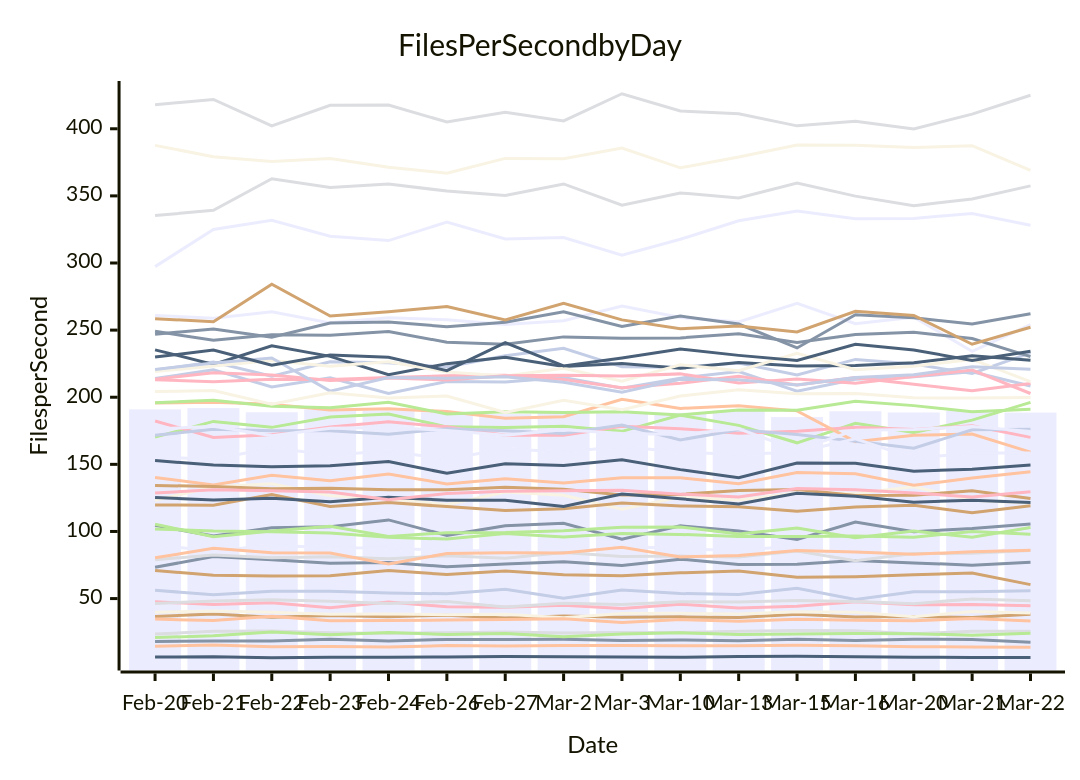
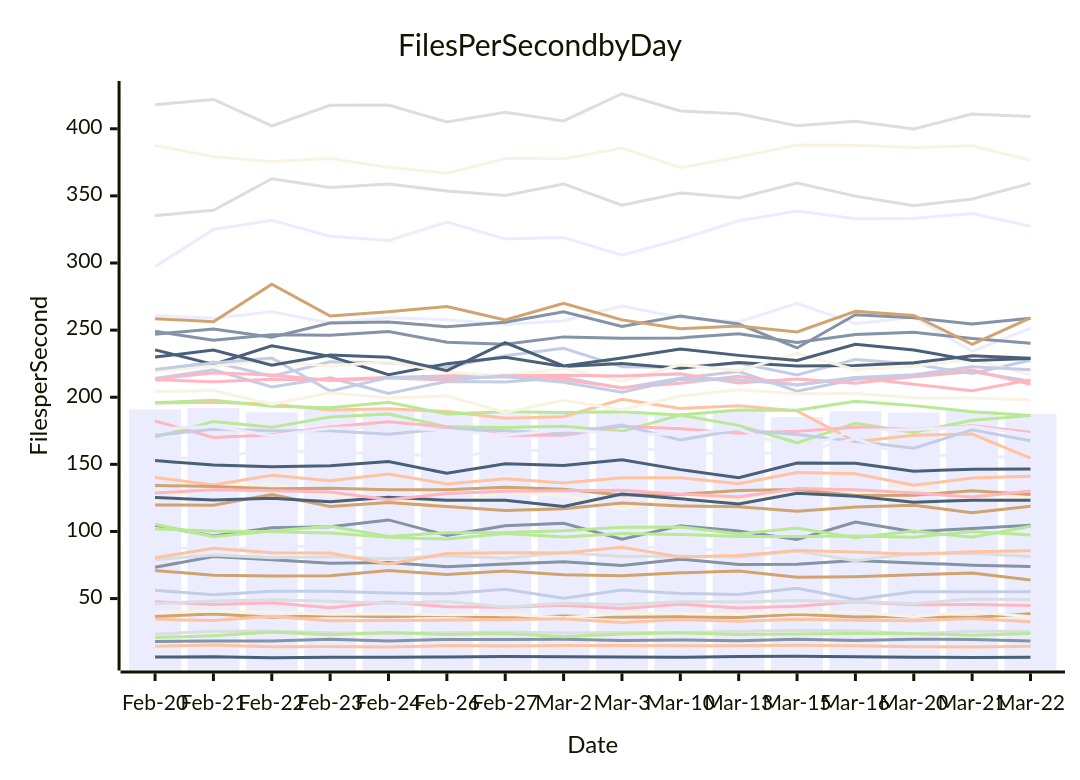
Before and after one commit to streetsidesoftware/cspell: the diagram in perf-report.md, drawn with Mermaid. The commit also changed other lines of this file and 2 other files, not shown here.

````diff
--- a/perf-report.md
+++ b/perf-report.md
@@ -11,57 +11,57 @@
 ```mermaid
 xychart-beta
     title Files Per Second by Day
     y-axis Files per Second
     x-axis Date [Feb-20, Feb-21, Feb-22, Feb-23, Feb-24, Feb-26, Feb-27, Mar-2, Mar-3, Mar-10, Mar-13, Mar-15, Mar-16, Mar-20, Mar-21, Mar-22]
-    bar [190.95, 191.93, 188.84, 190.95, 190.14, 188.86, 187.47, 189.15, 187.99, 188.38, 189.98, 185.21, 189.57, 188.63, 189.87, 188.57]
-    line [18.01, 18.46, 18.38, 19.68, 18.34, 19.60, 19.60, 19.63, 18.78, 19.22, 18.67, 19.78, 18.71, 19.79, 19.47, 17.52]
-    line [14.46, 15.41, 14.08, 14.28, 13.96, 14.98, 14.69, 15.09, 15.05, 14.93, 14.92, 15.23, 14.84, 14.06, 13.99, 13.73]
-    line [23.53, 25.65, 25.87, 24.49, 24.03, 24.62, 25.06, 24.45, 24.76, 24.74, 25.60, 26.18, 25.98, 23.83, 25.61, 25.67]
-    line [170.26, 181.98, 177.56, 185.31, 187.50, 177.93, 177.54, 178.41, 174.58, 186.65, 179.06, 166.05, 180.55, 173.75, 182.92, 196.20]
-    line [70.89, 67.31, 66.82, 66.94, 70.88, 67.89, 70.56, 67.78, 66.98, 69.18, 70.51, 65.83, 66.30, 67.73, 68.98, 60.39]
-    line [56.16, 52.87, 55.45, 55.44, 54.09, 53.55, 56.91, 50.34, 56.33, 53.77, 52.96, 57.64, 49.40, 55.01, 55.07, 55.77]
-    line [47.66, 45.50, 46.89, 43.13, 47.48, 43.86, 43.58, 44.95, 42.68, 45.79, 43.00, 44.30, 47.55, 45.42, 45.55, 44.65]
-    line [6.45, 6.67, 5.92, 6.38, 6.30, 6.44, 6.78, 6.62, 6.55, 6.32, 6.79, 7.12, 6.59, 6.35, 6.19, 6.15]
-    line [123.16, 133.27, 135.57, 126.55, 124.20, 119.96, 129.35, 126.96, 116.50, 125.61, 123.50, 128.64, 128.22, 133.34, 123.28, 121.08]
-    line [89.95, 85.47, 89.64, 87.93, 87.72, 85.68, 85.69, 83.26, 89.40, 86.73, 86.09, 89.20, 79.46, 84.64, 82.02, 89.42]
-    line [104.52, 96.66, 102.79, 103.56, 108.60, 97.11, 104.32, 106.04, 94.30, 104.19, 100.36, 94.07, 106.95, 99.82, 102.15, 105.60]
-    line [140.26, 134.61, 141.79, 137.76, 142.75, 135.42, 139.26, 136.06, 139.99, 140.01, 135.63, 143.93, 142.95, 134.36, 139.82, 144.51]
-    line [335.36, 339.22, 362.80, 356.26, 358.85, 353.61, 350.32, 358.90, 343.06, 352.21, 348.39, 359.59, 349.81, 342.75, 347.71, 357.44]
-    line [20.92, 22.32, 25.16, 23.04, 24.66, 23.19, 24.07, 21.50, 23.56, 24.56, 23.16, 23.57, 24.07, 23.83, 22.72, 24.20]
-    line [119.71, 119.61, 127.43, 118.55, 121.57, 118.53, 115.70, 116.93, 121.24, 118.95, 118.40, 114.99, 118.14, 119.47, 113.95, 119.09]
-    line [220.24, 226.17, 215.58, 226.36, 225.70, 222.46, 230.96, 236.51, 222.64, 222.38, 225.56, 216.60, 228.18, 224.68, 217.69, 232.99]
-    line [182.28, 170.09, 171.99, 177.77, 181.65, 177.93, 171.71, 171.61, 178.31, 176.56, 173.19, 174.63, 177.66, 175.92, 178.79, 170.10]
-    line [152.78, 149.55, 148.15, 148.90, 152.11, 143.30, 150.41, 149.07, 153.47, 146.06, 140.05, 150.95, 150.81, 144.94, 146.39, 149.45]
-    line [387.65, 379.15, 375.70, 377.89, 371.33, 366.95, 377.92, 377.66, 385.69, 370.91, 378.91, 387.90, 387.80, 386.06, 387.41, 368.98]
-    line [297.30, 325.03, 331.76, 320.00, 316.72, 330.45, 317.84, 319.02, 305.87, 317.67, 331.44, 338.69, 332.97, 333.24, 336.87, 328.16]
-    line [73.32, 81.29, 78.95, 76.37, 76.80, 73.75, 75.77, 77.40, 74.68, 79.36, 75.39, 75.58, 78.40, 76.58, 74.92, 77.07]
-    line [195.69, 196.29, 194.82, 190.50, 191.36, 189.34, 184.31, 185.47, 198.42, 191.68, 193.62, 189.84, 166.89, 171.60, 172.56, 159.13]
-    line [78.91, 82.42, 80.37, 81.15, 79.72, 81.93, 80.10, 84.29, 81.35, 81.66, 80.93, 85.41, 78.19, 83.51, 83.81, 85.87]
-    line [105.41, 96.15, 100.38, 103.85, 96.33, 99.09, 99.19, 100.48, 103.18, 103.33, 98.05, 102.55, 95.32, 100.34, 95.68, 102.95]
-    line [36.62, 38.51, 36.10, 37.37, 36.52, 37.66, 35.60, 37.02, 36.08, 36.38, 35.91, 38.37, 36.25, 36.61, 35.87, 38.37]
-    line [213.97, 220.46, 207.58, 214.51, 202.85, 211.79, 211.44, 214.66, 206.78, 214.22, 219.20, 204.44, 213.42, 215.32, 218.95, 208.36]
-    line [212.95, 211.55, 213.31, 213.15, 214.61, 215.98, 216.39, 213.20, 207.00, 210.46, 215.67, 209.05, 214.60, 209.59, 204.82, 210.21]
-    line [235.31, 224.47, 238.32, 230.44, 216.76, 225.02, 229.69, 222.82, 225.14, 221.56, 225.82, 223.33, 223.62, 225.78, 230.86, 227.54]
-    line [219.20, 223.30, 227.37, 223.02, 226.36, 218.81, 215.75, 221.50, 212.02, 224.11, 219.75, 232.68, 220.52, 223.12, 228.15, 211.66]
-    line [260.94, 258.83, 263.71, 255.40, 259.16, 257.65, 254.22, 257.02, 267.92, 259.39, 256.02, 269.97, 254.79, 259.65, 234.19, 254.14]
-    line [249.13, 242.45, 246.48, 246.10, 248.98, 240.98, 239.52, 244.96, 243.99, 244.22, 247.23, 240.74, 246.80, 248.37, 243.77, 230.24]
-    line [80.37, 87.47, 84.08, 83.91, 75.76, 83.59, 84.08, 83.89, 88.30, 81.02, 82.11, 85.90, 84.63, 82.99, 84.87, 85.95]
-    line [417.90, 421.85, 402.15, 417.55, 417.69, 405.05, 412.32, 405.86, 426.09, 413.29, 411.20, 402.18, 405.65, 399.88, 410.92, 424.94]
-    line [101.87, 100.27, 99.76, 98.90, 95.69, 94.30, 98.50, 95.82, 98.55, 97.82, 96.22, 96.21, 96.60, 95.61, 100.00, 97.84]
-    line [134.30, 133.46, 131.83, 132.27, 131.01, 131.00, 133.00, 131.45, 127.22, 127.60, 130.54, 131.20, 126.76, 126.98, 130.36, 124.51]
-    line [171.61, 176.10, 175.03, 175.02, 172.48, 176.50, 175.06, 173.05, 179.29, 168.17, 175.84, 172.23, 167.20, 162.09, 175.73, 176.16]
-    line [213.49, 218.19, 216.61, 212.54, 214.33, 212.86, 215.99, 216.40, 215.81, 217.40, 210.64, 213.63, 210.38, 215.44, 220.20, 202.79]
-    line [125.30, 123.36, 124.67, 122.06, 125.40, 123.31, 123.27, 118.58, 127.90, 124.38, 120.45, 128.40, 126.26, 121.85, 123.29, 121.58]
-    line [39.79, 40.82, 39.75, 38.29, 38.55, 38.02, 38.35, 35.65, 38.90, 38.99, 38.46, 40.13, 39.77, 36.42, 40.38, 39.33]
-    line [155.61, 153.59, 162.30, 157.06, 159.96, 153.79, 161.66, 159.28, 163.36, 159.01, 157.48, 159.10, 169.05, 154.54, 158.47, 158.50]
-    line [246.95, 250.90, 244.70, 255.35, 256.03, 252.54, 255.82, 263.63, 252.65, 260.43, 254.55, 236.73, 261.47, 259.22, 254.59, 262.14]
-    line [34.71, 33.66, 36.75, 33.50, 33.75, 33.98, 34.43, 34.99, 32.10, 34.36, 33.03, 34.53, 33.80, 33.49, 35.23, 33.30]
-    line [46.36, 48.18, 49.05, 48.06, 46.41, 47.91, 43.77, 46.60, 45.68, 47.70, 47.47, 48.64, 47.90, 46.22, 49.72, 48.36]
-    line [195.93, 197.80, 193.32, 192.22, 196.28, 187.50, 189.10, 188.54, 189.19, 186.81, 190.52, 190.26, 197.02, 193.75, 189.15, 191.13]
-    line [258.56, 256.27, 284.25, 260.54, 263.62, 267.57, 257.62, 270.01, 257.62, 250.97, 253.10, 248.68, 263.99, 260.91, 239.46, 252.14]
-    line [220.72, 225.56, 229.20, 204.56, 214.62, 214.22, 215.21, 211.23, 203.79, 213.30, 213.00, 209.05, 214.75, 216.78, 222.67, 220.77]
-    line [128.62, 131.04, 130.26, 129.44, 123.58, 128.31, 129.87, 130.27, 130.71, 127.81, 125.76, 132.01, 131.14, 128.67, 125.67, 129.64]
-    line [229.90, 235.21, 223.87, 231.37, 229.84, 219.75, 240.64, 223.28, 229.19, 235.85, 231.18, 227.46, 239.47, 235.22, 227.41, 234.27]
-    line [204.19, 205.00, 194.87, 203.28, 199.45, 200.84, 188.59, 197.81, 190.62, 200.86, 205.50, 202.63, 202.69, 199.56, 199.40, 199.86]
-    line [176.25, 178.32, 171.39, 176.96, 177.51, 175.27, 171.69, 175.82, 173.02, 172.27, 176.52, 160.55, 175.49, 175.91, 178.24, 174.48]
+    bar [190.95, 191.93, 188.84, 190.95, 190.14, 188.86, 187.47, 189.15, 187.99, 188.38, 189.98, 185.21, 189.57, 188.63, 189.87, 187.45]
+    line [18.01, 18.46, 18.38, 19.68, 18.34, 19.60, 19.60, 19.63, 18.78, 19.22, 18.67, 19.78, 18.71, 19.79, 19.47, 18.35]
+    line [14.46, 15.41, 14.08, 14.28, 13.96, 14.98, 14.69, 15.09, 15.05, 14.93, 14.92, 15.23, 14.84, 14.06, 13.99, 14.45]
+    line [23.53, 25.65, 25.87, 24.49, 24.03, 24.62, 25.06, 24.45, 24.76, 24.74, 25.60, 26.18, 25.98, 23.83, 25.61, 25.64]
+    line [170.26, 181.98, 177.56, 185.31, 187.50, 177.93, 177.54, 178.41, 174.58, 186.65, 179.06, 166.05, 180.55, 173.75, 182.92, 186.30]
+    line [70.89, 67.31, 66.82, 66.94, 70.88, 67.89, 70.56, 67.78, 66.98, 69.18, 70.51, 65.83, 66.30, 67.73, 68.98, 63.91]
+    line [56.16, 52.87, 55.45, 55.44, 54.09, 53.55, 56.91, 50.34, 56.33, 53.77, 52.96, 57.64, 49.40, 55.01, 55.07, 55.14]
+    line [47.66, 45.50, 46.89, 43.13, 47.48, 43.86, 43.58, 44.95, 42.68, 45.79, 43.00, 44.30, 47.55, 45.42, 45.55, 44.76]
+    line [6.45, 6.67, 5.92, 6.38, 6.30, 6.44, 6.78, 6.62, 6.55, 6.32, 6.79, 7.12, 6.59, 6.35, 6.19, 6.26]
+    line [123.16, 133.27, 135.57, 126.55, 124.20, 119.96, 129.35, 126.96, 116.50, 125.61, 123.50, 128.64, 128.22, 133.34, 123.28, 125.66]
+    line [89.95, 85.47, 89.64, 87.93, 87.72, 85.68, 85.69, 83.26, 89.40, 86.73, 86.09, 89.20, 79.46, 84.64, 82.02, 89.37]
+    line [104.52, 96.66, 102.79, 103.56, 108.60, 97.11, 104.32, 106.04, 94.30, 104.19, 100.36, 94.07, 106.95, 99.82, 102.15, 104.63]
+    line [140.26, 134.61, 141.79, 137.76, 142.75, 135.42, 139.26, 136.06, 139.99, 140.01, 135.63, 143.93, 142.95, 134.36, 139.82, 141.15]
+    line [335.36, 339.22, 362.80, 356.26, 358.85, 353.61, 350.32, 358.90, 343.06, 352.21, 348.39, 359.59, 349.81, 342.75, 347.71, 359.34]
+    line [20.92, 22.32, 25.16, 23.04, 24.66, 23.19, 24.07, 21.50, 23.56, 24.56, 23.16, 23.57, 24.07, 23.83, 22.72, 24.07]
+    line [119.71, 119.61, 127.43, 118.55, 121.57, 118.53, 115.70, 116.93, 121.24, 118.95, 118.40, 114.99, 118.14, 119.47, 113.95, 118.70]
+    line [220.24, 226.17, 215.58, 226.36, 225.70, 222.46, 230.96, 236.51, 222.64, 222.38, 225.56, 216.60, 228.18, 224.68, 217.69, 227.52]
+    line [182.28, 170.09, 171.99, 177.77, 181.65, 177.93, 171.71, 171.61, 178.31, 176.56, 173.19, 174.63, 177.66, 175.92, 178.79, 174.01]
+    line [152.78, 149.55, 148.15, 148.90, 152.11, 143.30, 150.41, 149.07, 153.47, 146.06, 140.05, 150.95, 150.81, 144.94, 146.39, 146.52]
+    line [387.65, 379.15, 375.70, 377.89, 371.33, 366.95, 377.92, 377.66, 385.69, 370.91, 378.91, 387.90, 387.80, 386.06, 387.41, 376.59]
+    line [297.30, 325.03, 331.76, 320.00, 316.72, 330.45, 317.84, 319.02, 305.87, 317.67, 331.44, 338.69, 332.97, 333.24, 336.87, 327.34]
+    line [73.32, 81.29, 78.95, 76.37, 76.80, 73.75, 75.77, 77.40, 74.68, 79.36, 75.39, 75.58, 78.40, 76.58, 74.92, 73.83]
+    line [195.69, 196.29, 194.82, 190.50, 191.36, 189.34, 184.31, 185.47, 198.42, 191.68, 193.62, 189.84, 166.89, 171.60, 172.56, 154.71]
+    line [78.91, 82.42, 80.37, 81.15, 79.72, 81.93, 80.10, 84.29, 81.35, 81.66, 80.93, 85.41, 78.19, 83.51, 83.81, 81.43]
+    line [105.41, 96.15, 100.38, 103.85, 96.33, 99.09, 99.19, 100.48, 103.18, 103.33, 98.05, 102.55, 95.32, 100.34, 95.68, 103.94]
+    line [36.62, 38.51, 36.10, 37.37, 36.52, 37.66, 35.60, 37.02, 36.08, 36.38, 35.91, 38.37, 36.25, 36.61, 35.87, 38.67]
+    line [213.97, 220.46, 207.58, 214.51, 202.85, 211.79, 211.44, 214.66, 206.78, 214.22, 219.20, 204.44, 213.42, 215.32, 218.95, 211.96]
+    line [212.95, 211.55, 213.31, 213.15, 214.61, 215.98, 216.39, 213.20, 207.00, 210.46, 215.67, 209.05, 214.60, 209.59, 204.82, 212.94]
+    line [235.31, 224.47, 238.32, 230.44, 216.76, 225.02, 229.69, 222.82, 225.14, 221.56, 225.82, 223.33, 223.62, 225.78, 230.86, 229.00]
+    line [219.20, 223.30, 227.37, 223.02, 226.36, 218.81, 215.75, 221.50, 212.02, 224.11, 219.75, 232.68, 220.52, 223.12, 228.15, 216.79]
+    line [260.94, 258.83, 263.71, 255.40, 259.16, 257.65, 254.22, 257.02, 267.92, 259.39, 256.02, 269.97, 254.79, 259.65, 234.19, 251.38]
+    line [249.13, 242.45, 246.48, 246.10, 248.98, 240.98, 239.52, 244.96, 243.99, 244.22, 247.23, 240.74, 246.80, 248.37, 243.77, 240.29]
+    line [80.37, 87.47, 84.08, 83.91, 75.76, 83.59, 84.08, 83.89, 88.30, 81.02, 82.11, 85.90, 84.63, 82.99, 84.87, 85.57]
+    line [417.90, 421.85, 402.15, 417.55, 417.69, 405.05, 412.32, 405.86, 426.09, 413.29, 411.20, 402.18, 405.65, 399.88, 410.92, 409.10]
+    line [101.87, 100.27, 99.76, 98.90, 95.69, 94.30, 98.50, 95.82, 98.55, 97.82, 96.22, 96.21, 96.60, 95.61, 100.00, 97.34]
+    line [134.30, 133.46, 131.83, 132.27, 131.01, 131.00, 133.00, 131.45, 127.22, 127.60, 130.54, 131.20, 126.76, 126.98, 130.36, 127.52]
+    line [171.61, 176.10, 175.03, 175.02, 172.48, 176.50, 175.06, 173.05, 179.29, 168.17, 175.84, 172.23, 167.20, 162.09, 175.73, 167.53]
+    line [213.49, 218.19, 216.61, 212.54, 214.33, 212.86, 215.99, 216.40, 215.81, 217.40, 210.64, 213.63, 210.38, 215.44, 220.20, 209.66]
+    line [125.30, 123.36, 124.67, 122.06, 125.40, 123.31, 123.27, 118.58, 127.90, 124.38, 120.45, 128.40, 126.26, 121.85, 123.29, 123.31]
+    line [39.79, 40.82, 39.75, 38.29, 38.55, 38.02, 38.35, 35.65, 38.90, 38.99, 38.46, 40.13, 39.77, 36.42, 40.38, 36.50]
+    line [155.61, 153.59, 162.30, 157.06, 159.96, 153.79, 161.66, 159.28, 163.36, 159.01, 157.48, 159.10, 169.05, 154.54, 158.47, 152.54]
+    line [246.95, 250.90, 244.70, 255.35, 256.03, 252.54, 255.82, 263.63, 252.65, 260.43, 254.55, 236.73, 261.47, 259.22, 254.59, 258.80]
+    line [34.71, 33.66, 36.75, 33.50, 33.75, 33.98, 34.43, 34.99, 32.10, 34.36, 33.03, 34.53, 33.80, 33.49, 35.23, 32.80]
+    line [46.36, 48.18, 49.05, 48.06, 46.41, 47.91, 43.77, 46.60, 45.68, 47.70, 47.47, 48.64, 47.90, 46.22, 49.72, 49.15]
+    line [195.93, 197.80, 193.32, 192.22, 196.28, 187.50, 189.10, 188.54, 189.19, 186.81, 190.52, 190.26, 197.02, 193.75, 189.15, 186.42]
+    line [258.56, 256.27, 284.25, 260.54, 263.62, 267.57, 257.62, 270.01, 257.62, 250.97, 253.10, 248.68, 263.99, 260.91, 239.46, 259.16]
+    line [220.72, 225.56, 229.20, 204.56, 214.62, 214.22, 215.21, 211.23, 203.79, 213.30, 213.00, 209.05, 214.75, 216.78, 222.67, 220.47]
+    line [128.62, 131.04, 130.26, 129.44, 123.58, 128.31, 129.87, 130.27, 130.71, 127.81, 125.76, 132.01, 131.14, 128.67, 125.67, 130.11]
+    line [229.90, 235.21, 223.87, 231.37, 229.84, 219.75, 240.64, 223.28, 229.19, 235.85, 231.18, 227.46, 239.47, 235.22, 227.41, 228.79]
+    line [204.19, 205.00, 194.87, 203.28, 199.45, 200.84, 188.59, 197.81, 190.62, 200.86, 205.50, 202.63, 202.69, 199.56, 199.40, 197.96]
+    line [176.25, 178.32, 171.39, 176.96, 177.51, 175.27, 171.69, 175.82, 173.02, 172.27, 176.52, 160.55, 175.49, 175.91, 178.24, 172.29]
 ```
````
